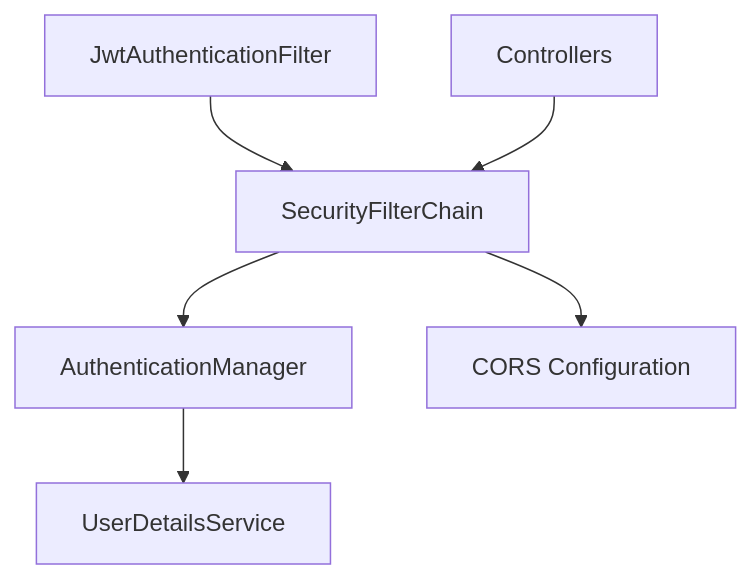
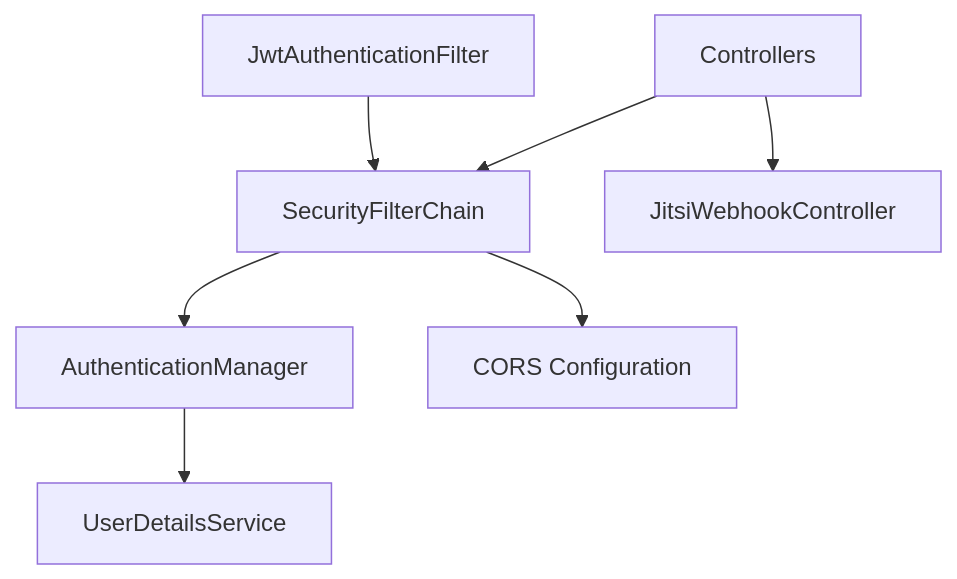
One commit to Vostrikov2014/vks-qoder changed the fifth of 12 diagrams in .qoder/repowiki/en/content/Project Overview/Architecture Overview.md. Above: the diagram before and after it, drawn with Mermaid. The commit also changed other lines of this file and 9 other files, not shown here.

````diff
--- a/.qoder/repowiki/en/content/Project Overview/Architecture Overview.md
+++ b/.qoder/repowiki/en/content/Project Overview/Architecture Overview.md
@@ -254,8 +285,9 @@
 ```mermaid
 graph TB
 F["JwtAuthenticationFilter"] --> SEC["SecurityFilterChain"]
 SEC --> AUTH["AuthenticationManager"]
 AUTH --> UDS["UserDetailsService"]
 SEC --> CORS["CORS Configuration"]
 CTRL["Controllers"] --> SEC
+CTRL --> JW["JitsiWebhookController"]
 ```
````
